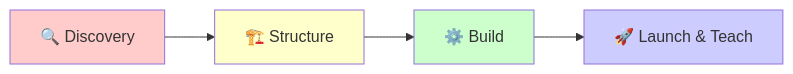
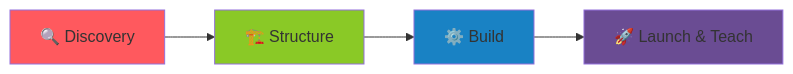
One commit to Berry-House-YYC/.github changed the diagram in profile/README.md. Above: the diagram before and after it, drawn with Mermaid.

Commit message:
Change color styles for project phases
Updated color styles for the project phases in the diagram.

````diff
--- a/profile/README.md
+++ b/profile/README.md
@@ -87,11 +87,11 @@
 ```mermaid
 graph LR
     A[🔍 Discovery] --> B[🏗️ Structure]
     B --> C[⚙️ Build]
     C --> D[🚀 Launch & Teach]
     
-    style A fill:#ffcccb
-    style B fill:#ffffcc
-    style C fill:#ccffcc
-    style D fill:#ccccff
+    style A fill:#FF595E
+    style B fill:#8AC926
+    style C fill:#1982C4
+    style D fill:#6A4C93
 ```
````
